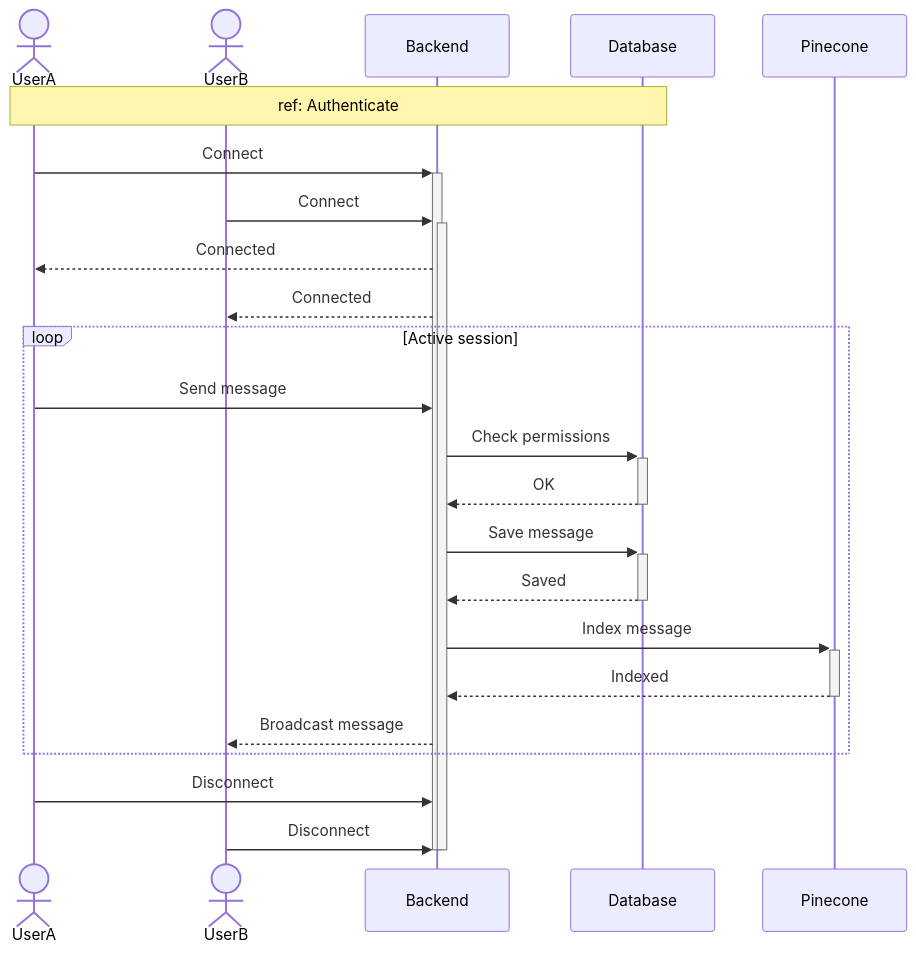
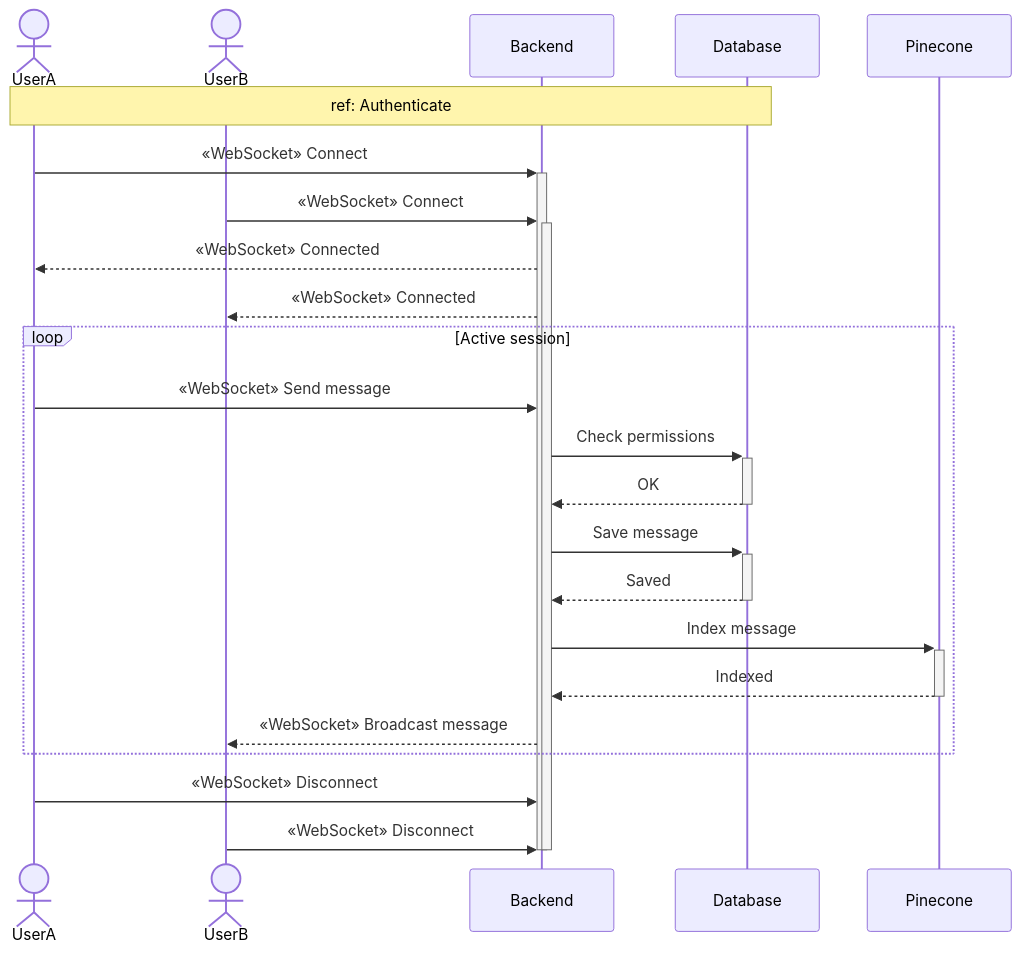
Before and after one commit to MohamedChebbi123/teamnest: the ninth of 16 diagrams in docs/SEQUENCE_DIAGRAMS.md, drawn with Mermaid. The commit also changed other lines of this file, not shown here.

````diff
--- a/docs/SEQUENCE_DIAGRAMS.md
+++ b/docs/SEQUENCE_DIAGRAMS.md
@@ -315,31 +315,31 @@
 ```mermaid
 sequenceDiagram
     actor UserA
     actor UserB
     participant API as Backend
     participant DB as Database
     participant Vec as Pinecone
 
     Note over UserA,DB: ref: Authenticate
 
-    UserA->>+API: Connect
-    UserB->>+API: Connect
-    API-->>UserA: Connected
-    API-->>UserB: Connected
+    UserA->>+API: «WebSocket» Connect
+    UserB->>+API: «WebSocket» Connect
+    API-->>UserA: «WebSocket» Connected
+    API-->>UserB: «WebSocket» Connected
 
     loop Active session
-        UserA->>API: Send message
+        UserA->>API: «WebSocket» Send message
         API->>+DB: Check permissions
         DB-->>-API: OK
         API->>+DB: Save message
         DB-->>-API: Saved
         API->>+Vec: Index message
         Vec-->>-API: Indexed
-        API-->>UserB: Broadcast message
+        API-->>UserB: «WebSocket» Broadcast message
     end
 
-    UserA->>API: Disconnect
-    UserB->>API: Disconnect
+    UserA->>API: «WebSocket» Disconnect
+    UserB->>API: «WebSocket» Disconnect
     deactivate API
     deactivate API
 ```
````
